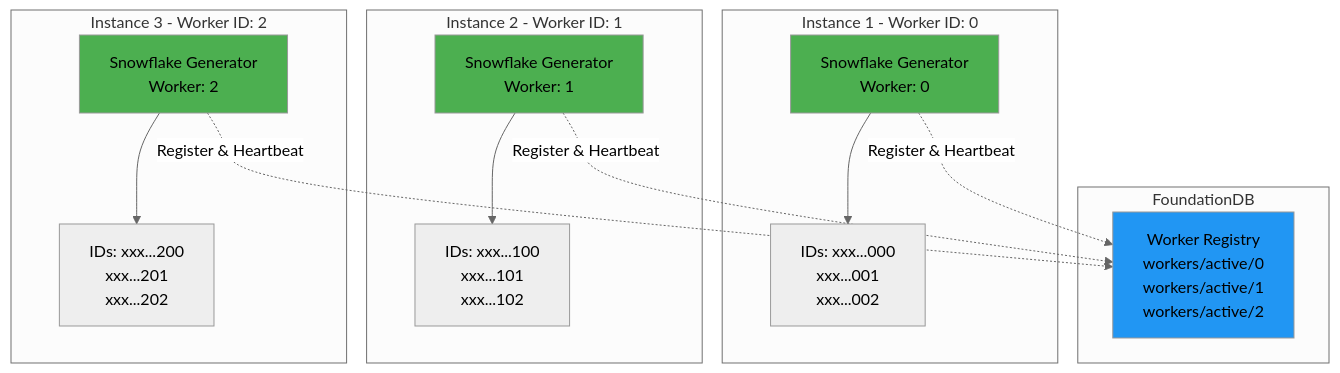
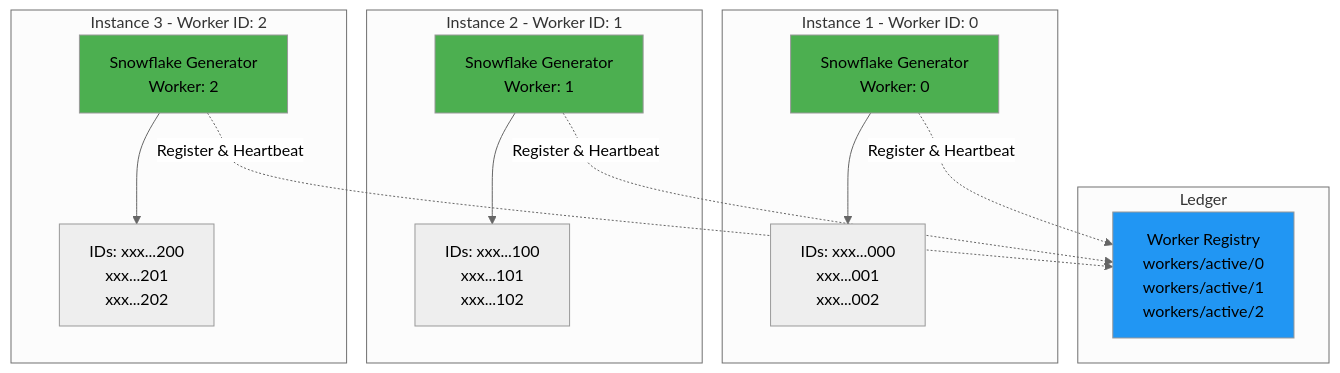
One commit to inferadb/control changed the fifth of 10 diagrams in docs/architecture.md. Above: the diagram before and after it, drawn with Mermaid (neutral theme). The commit also changed other lines of this file and 61 other files, not shown here.

````diff
--- a/docs/architecture.md
+++ b/docs/architecture.md
@@ -253,34 +253,34 @@
 ```mermaid
 graph TB
     subgraph "Instance 1 - Worker ID: 0"
         ID1[Snowflake Generator<br/>Worker: 0]
         IDs1["IDs: xxx...000<br/>xxx...001<br/>xxx...002"]
     end
 
     subgraph "Instance 2 - Worker ID: 1"
         ID2[Snowflake Generator<br/>Worker: 1]
         IDs2["IDs: xxx...100<br/>xxx...101<br/>xxx...102"]
     end
 
     subgraph "Instance 3 - Worker ID: 2"
         ID3[Snowflake Generator<br/>Worker: 2]
         IDs3["IDs: xxx...200<br/>xxx...201<br/>xxx...202"]
     end
 
-    subgraph "FoundationDB"
+    subgraph "Ledger"
         Worker["Worker Registry<br/>workers/active/0<br/>workers/active/1<br/>workers/active/2"]
     end
 
     ID1 --> IDs1
     ID2 --> IDs2
     ID3 --> IDs3
 
     ID1 -.Register & Heartbeat.-> Worker
     ID2 -.Register & Heartbeat.-> Worker
     ID3 -.Register & Heartbeat.-> Worker
 
     style ID1 fill:#4CAF50
     style ID2 fill:#4CAF50
     style ID3 fill:#4CAF50
     style Worker fill:#2196F3
 ```
````
